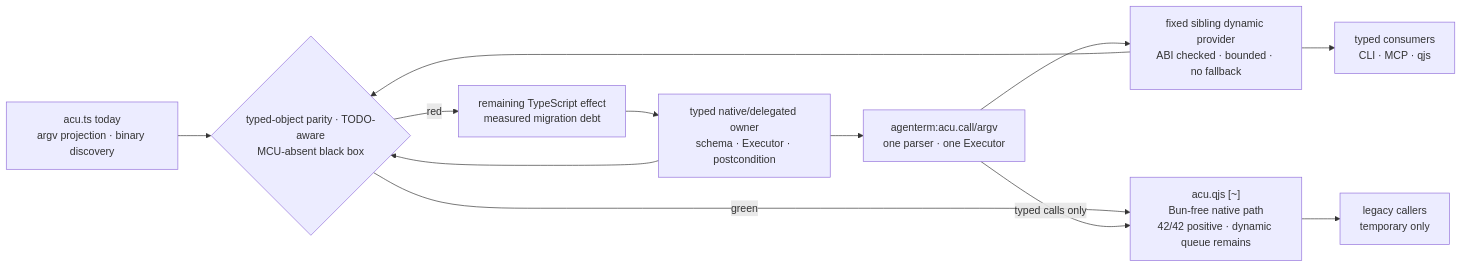
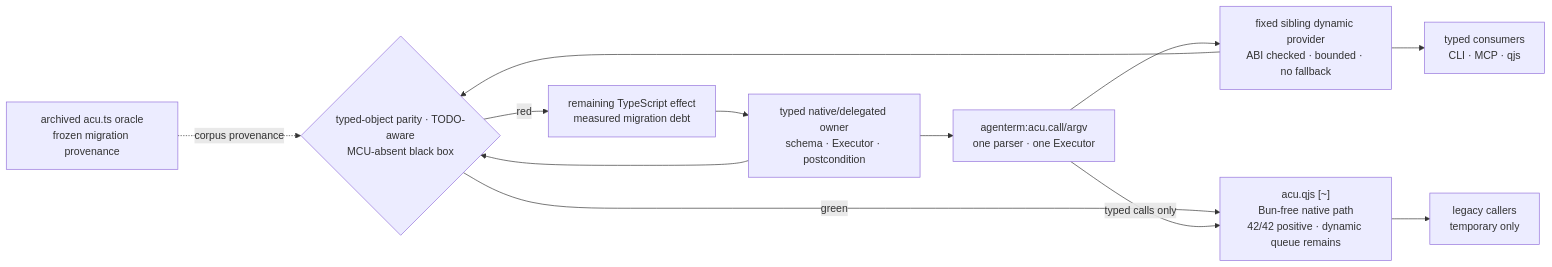
The first of 19 diagrams in prd/PRD_02_28_agenterm_cu.md (partnernetsoftware/agenterm), drawn with Mermaid before and after one commit. The commit also changed other lines of this file and 10 other files, not shown here.

Commit message:
acu: retire Bun compatibility oracle

````diff
--- a/prd/PRD_02_28_agenterm_cu.md
+++ b/prd/PRD_02_28_agenterm_cu.md
@@ -187,19 +187,19 @@
   ```mermaid
   flowchart LR
-    TS["acu.ts today<br/>argv projection · binary discovery"]
+    TS["archived acu.ts oracle<br/>frozen migration provenance"]
     OWNER["typed native/delegated owner<br/>schema · Executor · postcondition"]
     OBJ["agenterm:acu.call/argv<br/>one parser · one Executor"]
     PROVIDER["fixed sibling dynamic provider<br/>ABI checked · bounded · no fallback"]
     GATE{"typed-object parity · TODO-aware<br/>MCU-absent black box"}
     QJS["acu.qjs [~]<br/>Bun-free native path<br/>42/42 positive · dynamic queue remains"]
     USERS["typed consumers<br/>CLI · MCP · qjs"]
     LEGACY["legacy callers<br/>temporary only"]
     DEBT["remaining TypeScript effect<br/>measured migration debt"]
     OWNER --> OBJ --> PROVIDER --> USERS
-    TS --> GATE
+    TS -. corpus provenance .-> GATE
     OWNER --> GATE
     PROVIDER --> GATE
     GATE -->|red| DEBT --> OWNER
     GATE -->|green| QJS --> LEGACY
     OBJ -->|typed calls only| QJS
   ```
````
